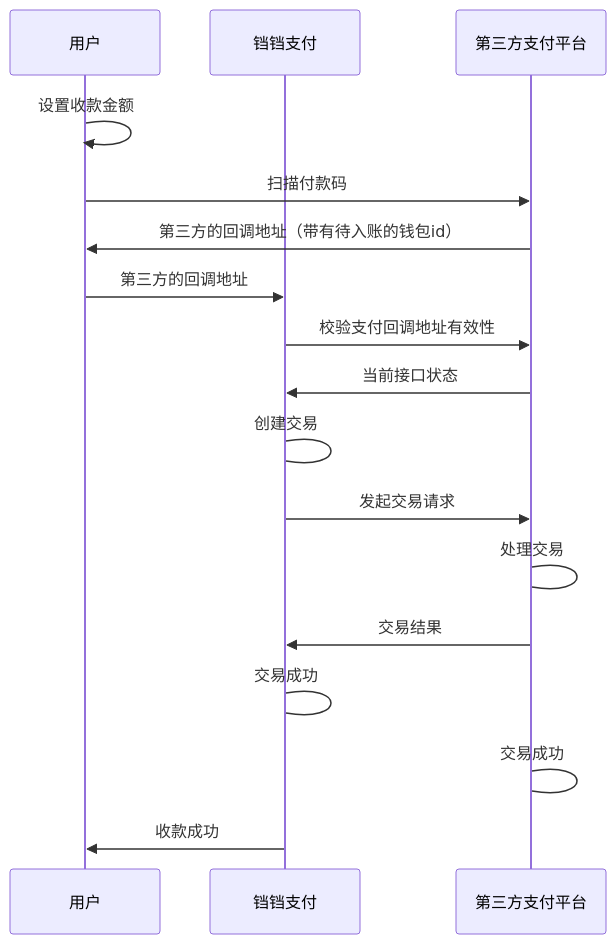
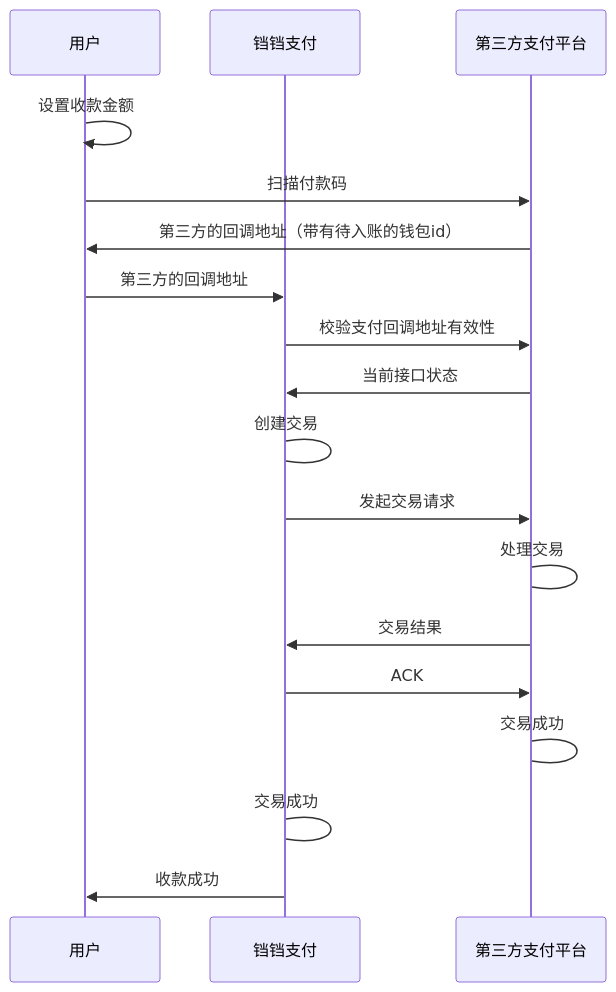
The third of 3 diagrams in README.md (suyiiyii/dangpay), drawn with Mermaid before and after one commit. The commit also changed other lines of this file and 9 other files, not shown here.

````diff
--- a/README.md
+++ b/README.md
@@ -113,19 +115,20 @@
 ```mermaid
 sequenceDiagram
     participant A as 用户
     participant B as 铛铛支付
     participant C as 第三方支付平台
     A ->> A: 设置收款金额
     A ->> C: 扫描付款码
     C ->> A: 第三方的回调地址（带有待入账的钱包id）
     A ->> B: 第三方的回调地址
     B ->> C: 校验支付回调地址有效性
     C ->> B: 当前接口状态
     B -> B: 创建交易
     B ->> C: 发起交易请求
     C -> C: 处理交易
     C ->> B: 交易结果
+    B ->> C: ACK
+    C -> C: 交易成功
     B -> B: 交易成功
-    C -> C: 交易成功
     B ->> A: 收款成功
 ```
````
